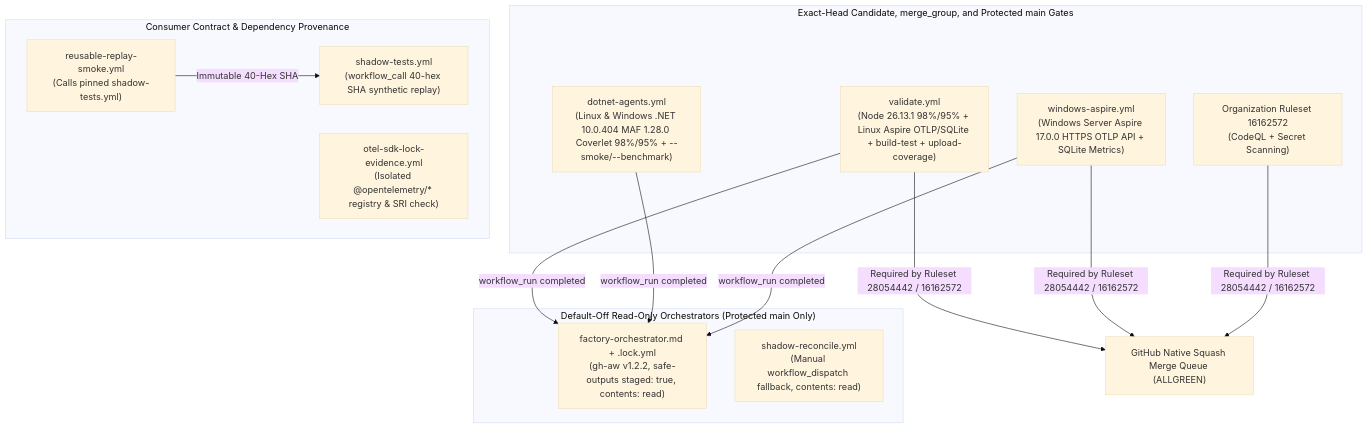
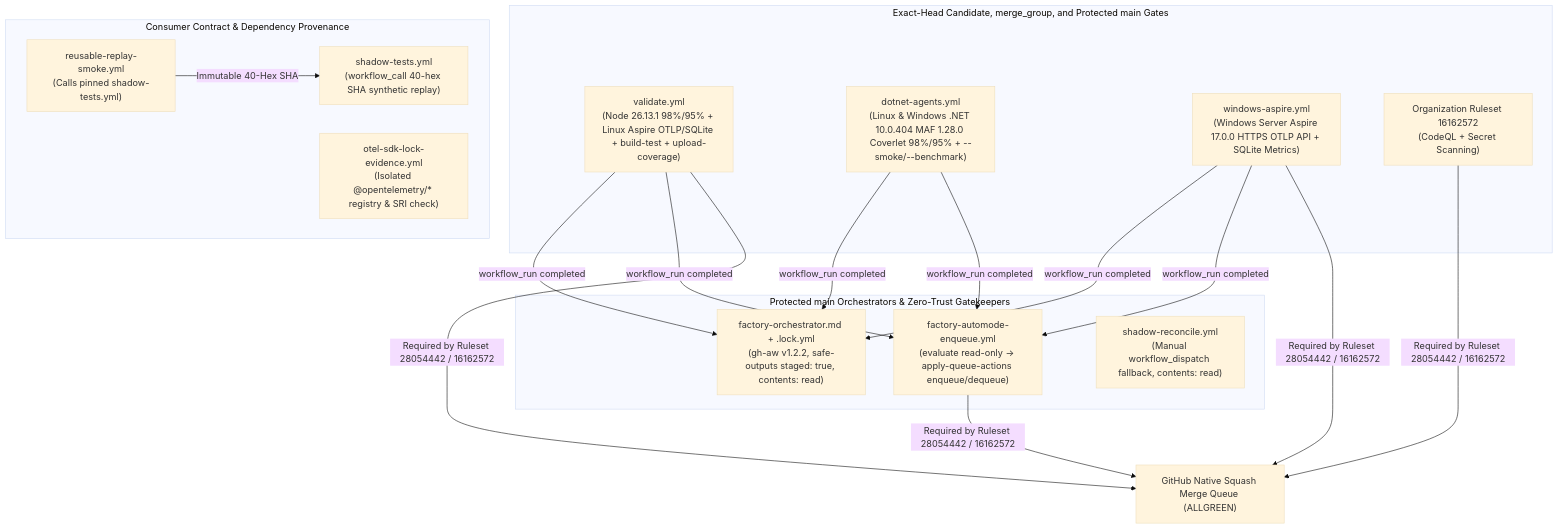
One commit to Jamula/SoftwareFactory changed the first of 3 diagrams in docs/WORKFLOWS.md. Above: the diagram before and after it, drawn with Mermaid (base theme). The commit also changed other lines of this file and 11 other files, not shown here.

First line of the commit message:
docs: resolve summary review items and document factory-automode-enqueue

````diff
--- a/docs/WORKFLOWS.md
+++ b/docs/WORKFLOWS.md
@@ -24,24 +25,25 @@
 ```mermaid
 flowchart TB
-  subgraph ORCH["Default-Off Read-Only Orchestrators (Protected main Only)"]
+  subgraph ORCH["Protected main Orchestrators & Zero-Trust Gatekeepers"]
     W1["factory-orchestrator.md + .lock.yml<br/>(gh-aw v1.2.2, safe-outputs staged: true, contents: read)"]
+    W9["factory-automode-enqueue.yml<br/>(evaluate read-only -> apply-queue-actions enqueue/dequeue)"]
     W2["shadow-reconcile.yml<br/>(Manual workflow_dispatch fallback, contents: read)"]
   end
 
   subgraph GATES["Exact-Head Candidate, merge_group, and Protected main Gates"]
     W3["validate.yml<br/>(Node 26.13.1 98%/95% + Linux Aspire OTLP/SQLite + build-test + upload-coverage)"]
     W4["dotnet-agents.yml<br/>(Linux & Windows .NET 10.0.404 MAF 1.28.0 Coverlet 98%/95% + --smoke/--benchmark)"]
     W5["windows-aspire.yml<br/>(Windows Server Aspire 17.0.0 HTTPS OTLP API + SQLite Metrics)"]
     CQL["Organization Ruleset 16162572<br/>(CodeQL + Secret Scanning)"]
   end
 
   subgraph REUSE["Consumer Contract & Dependency Provenance"]
     W6["reusable-replay-smoke.yml<br/>(Calls pinned shadow-tests.yml)"]
     W7["shadow-tests.yml<br/>(workflow_call 40-hex SHA synthetic replay)"]
     W8["otel-sdk-lock-evidence.yml<br/>(Isolated @opentelemetry/* registry & SRI check)"]
   end
 
   W6 -->|"Immutable 40-Hex SHA"| W7
-  W3 & W4 & W5 -->|"workflow_run completed"| W1
-  W3 & W5 & CQL -->|"Required by Ruleset 28054442 / 16162572"| MQ["GitHub Native Squash Merge Queue (ALLGREEN)"]
+  W3 & W4 & W5 -->|"workflow_run completed"| W1 & W9
+  W3 & W5 & CQL & W9 -->|"Required by Ruleset 28054442 / 16162572"| MQ["GitHub Native Squash Merge Queue (ALLGREEN)"]
 ```
````
